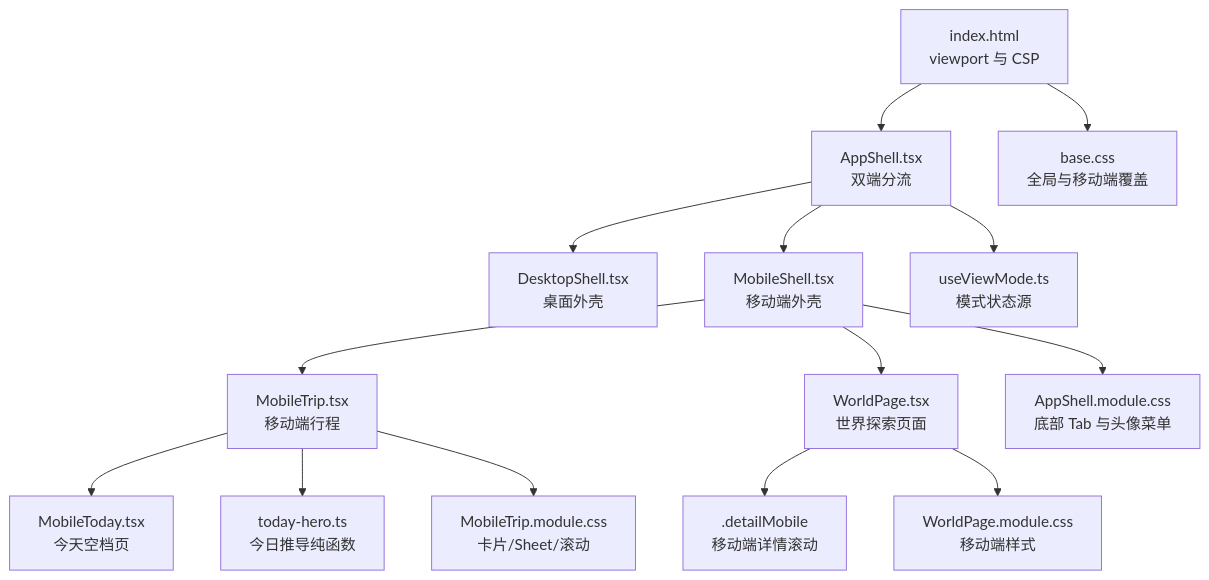
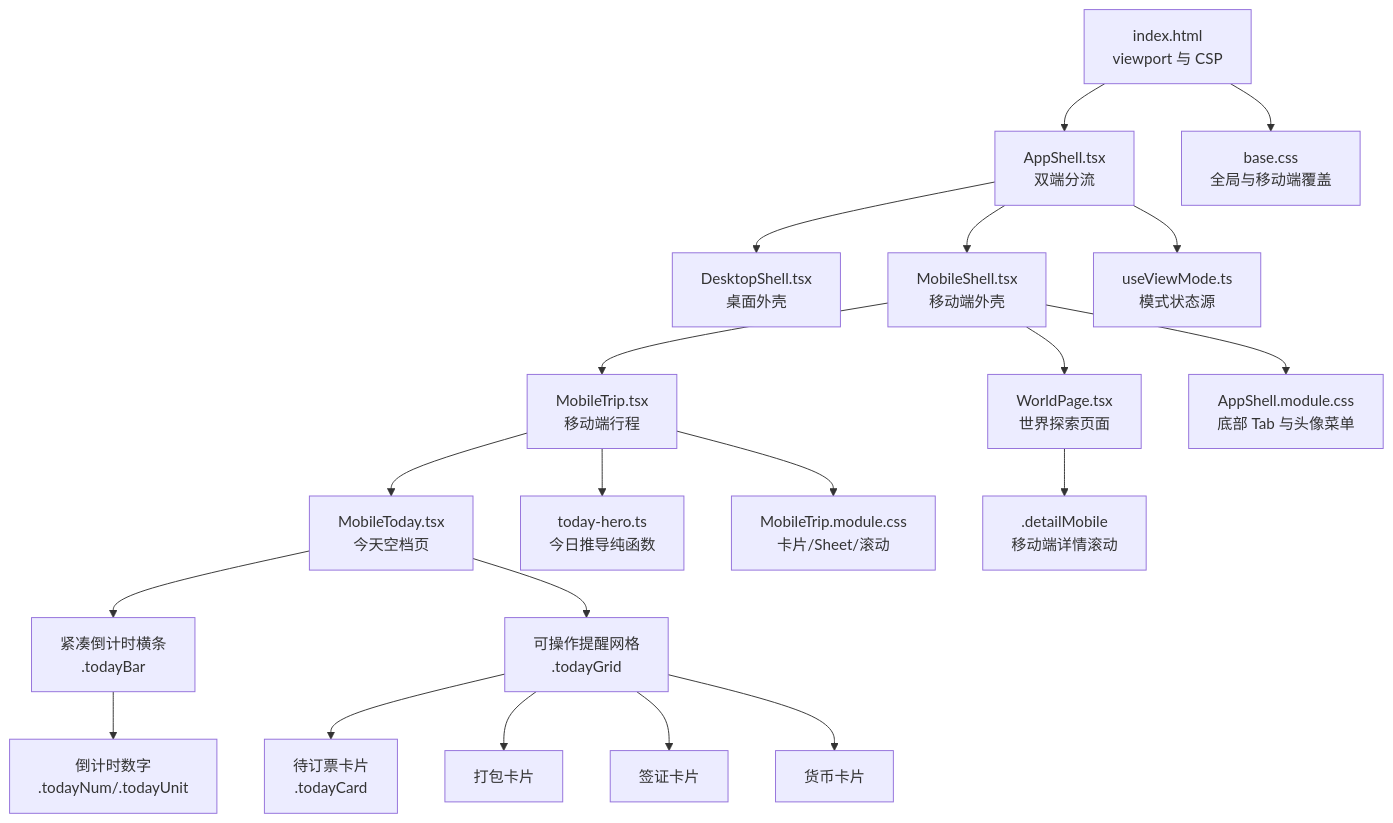
One commit to huangyilu/wanwuyishi changed the first of 8 diagrams in .qoder/repowiki/zh/content/用户界面组件/移动端优化.md. Above: the diagram before and after it, drawn with Mermaid. The commit also changed other lines of this file and 93 other files, not shown here.

````diff
--- a/.qoder/repowiki/zh/content/用户界面组件/移动端优化.md
+++ b/.qoder/repowiki/zh/content/用户界面组件/移动端优化.md
@@ -58,16 +64,22 @@
 ```mermaid
 graph TB
 A["index.html<br/>viewport 与 CSP"] --> B["AppShell.tsx<br/>双端分流"]
 B --> C["DesktopShell.tsx<br/>桌面外壳"]
 B --> D["MobileShell.tsx<br/>移动端外壳"]
 D --> E["MobileTrip.tsx<br/>移动端行程"]
 E --> F["MobileToday.tsx<br/>今天空档页"]
-D --> G["WorldPage.tsx<br/>世界探索页面"]
-G --> H[".detailMobile<br/>移动端详情滚动"]
-B --> I["useViewMode.ts<br/>模式状态源"]
-E --> J["today-hero.ts<br/>今日推导纯函数"]
-D --> K["AppShell.module.css<br/>底部 Tab 与头像菜单"]
-E --> L["MobileTrip.module.css<br/>卡片/Sheet/滚动"]
-G --> M["WorldPage.module.css<br/>移动端样式"]
-A --> N["base.css<br/>全局与移动端覆盖"]
+F --> G["紧凑倒计时横条<br/>.todayBar"]
+F --> H["可操作提醒网格<br/>.todayGrid"]
+G --> I["倒计时数字<br/>.todayNum/.todayUnit"]
+H --> J["待订票卡片<br/>.todayCard"]
+H --> K["打包卡片"]
+H --> L["签证卡片"]
+H --> M["货币卡片"]
+D --> N["WorldPage.tsx<br/>世界探索页面"]
+N --> O[".detailMobile<br/>移动端详情滚动"]
+B --> P["useViewMode.ts<br/>模式状态源"]
+E --> Q["today-hero.ts<br/>今日推导纯函数"]
+D --> R["AppShell.module.css<br/>底部 Tab 与头像菜单"]
+E --> S["MobileTrip.module.css<br/>卡片/Sheet/滚动"]
+A --> T["base.css<br/>全局与移动端覆盖"]
 ```
````
